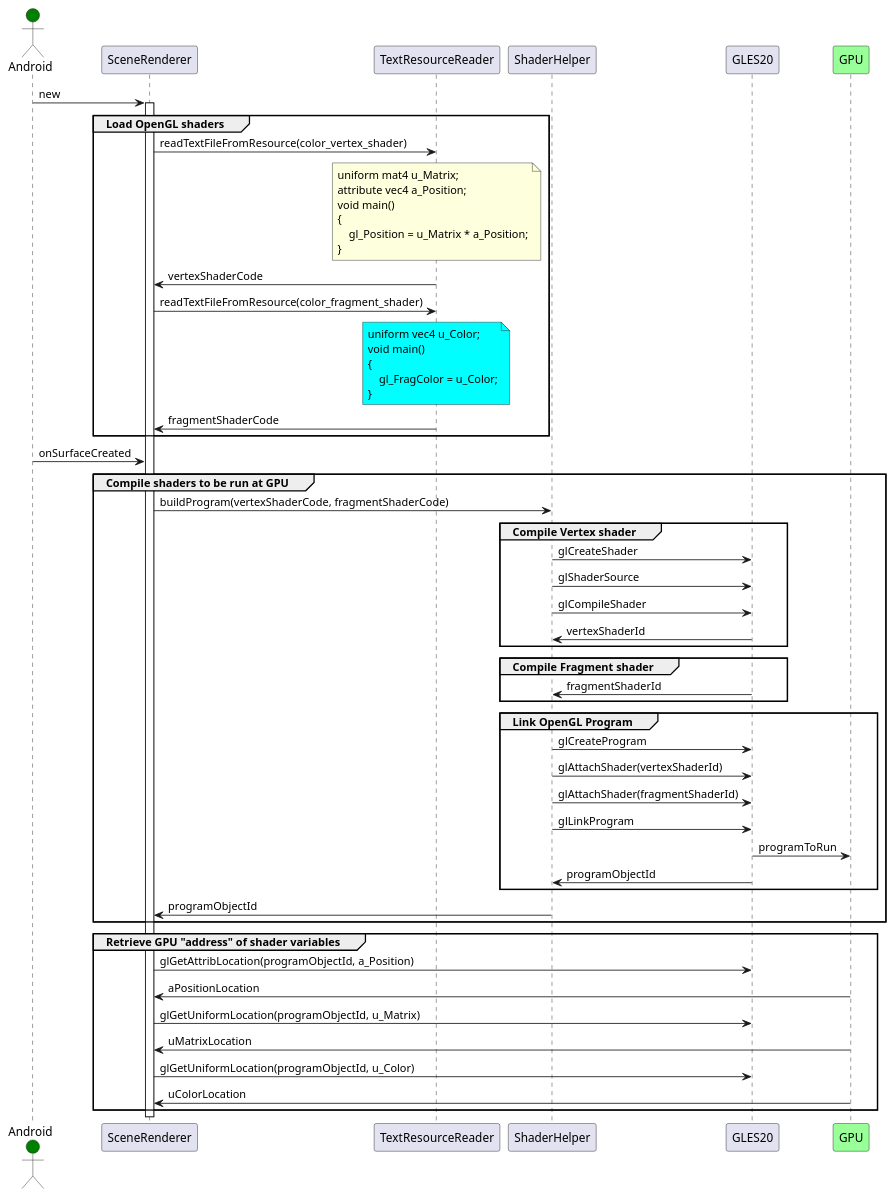
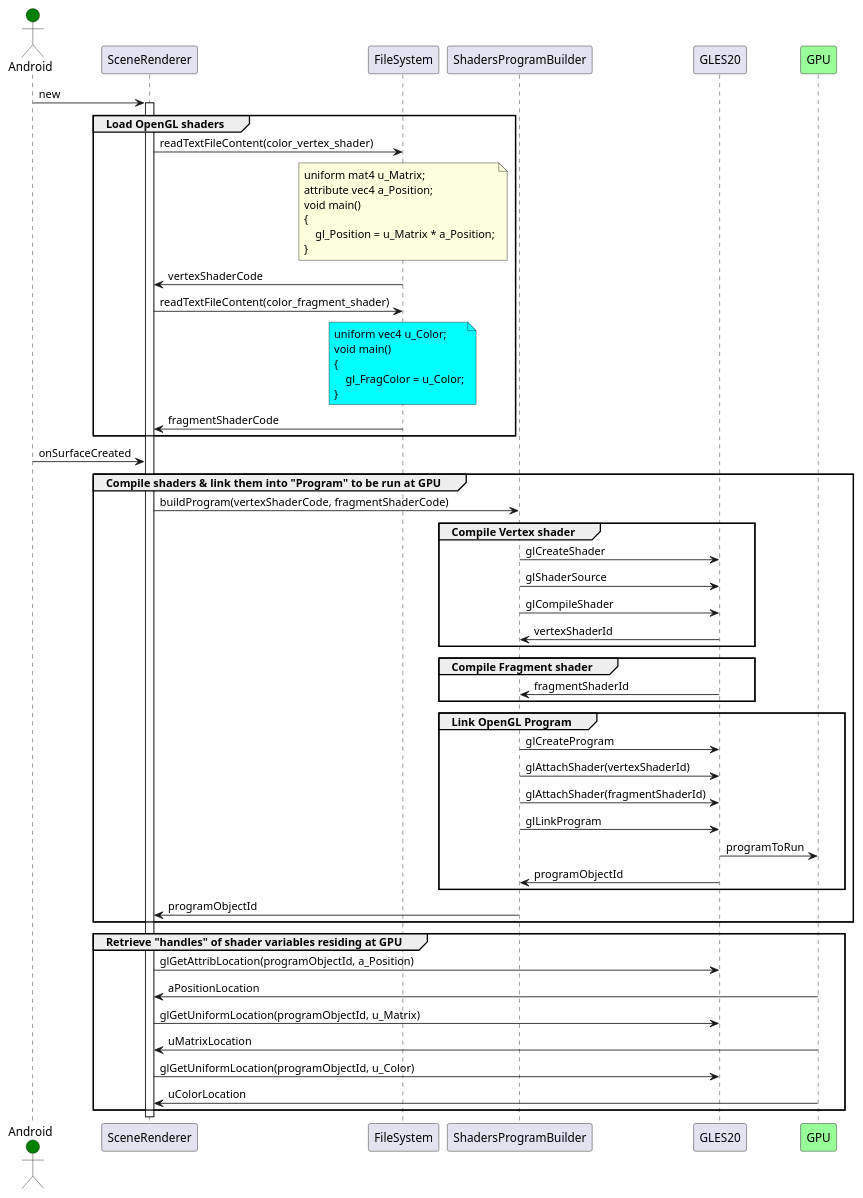
Before and after one commit to bogumil-latuszek/virtual_gallery_3D: the diagram in uml/prepare_openGL.puml, drawn with PlantUML.

Commit message:
poprawki nazewnictwa w diagramie UML linkowania shaderów w program

```diff
--- a/uml/prepare_openGL.puml
+++ b/uml/prepare_openGL.puml
@@ -1,68 +1,68 @@
 @startuml Prepare OpenGL
 actor       Android       as Android1 #green
 
 Android1 -> SceneRenderer: new
 activate SceneRenderer
 group Load OpenGL shaders
-SceneRenderer -> TextResourceReader: readTextFileFromResource(color_vertex_shader)
-note over TextResourceReader
+SceneRenderer -> FileSystem: readTextFileContent(color_vertex_shader)
+note over FileSystem
 uniform mat4 u_Matrix;
 attribute vec4 a_Position;
 void main()
 {
     gl_Position = u_Matrix * a_Position;
 }
 end note
-TextResourceReader -> SceneRenderer: vertexShaderCode
-SceneRenderer -> TextResourceReader: readTextFileFromResource(color_fragment_shader)
-note over TextResourceReader #aqua
+FileSystem -> SceneRenderer: vertexShaderCode
+SceneRenderer -> FileSystem: readTextFileContent(color_fragment_shader)
+note over FileSystem #aqua
 uniform vec4 u_Color;
 void main()
 {
     gl_FragColor = u_Color;
 }
 end note
-TextResourceReader -> SceneRenderer: fragmentShaderCode
+FileSystem -> SceneRenderer: fragmentShaderCode
 
 end
 
 Android1 -> SceneRenderer: onSurfaceCreated
 
-group Compile shaders to be run at GPU
-SceneRenderer -> ShaderHelper: buildProgram(vertexShaderCode, fragmentShaderCode)
+group Compile shaders & link them into "Program" to be run at GPU
+SceneRenderer -> ShadersProgramBuilder: buildProgram(vertexShaderCode, fragmentShaderCode)
 
 group Compile Vertex shader
-ShaderHelper -> GLES20: glCreateShader
-ShaderHelper -> GLES20: glShaderSource
-ShaderHelper -> GLES20: glCompileShader
-GLES20 -> ShaderHelper: vertexShaderId
+ShadersProgramBuilder -> GLES20: glCreateShader
+ShadersProgramBuilder -> GLES20: glShaderSource
+ShadersProgramBuilder -> GLES20: glCompileShader
+GLES20 -> ShadersProgramBuilder: vertexShaderId
 end
 group Compile Fragment shader
-GLES20 -> ShaderHelper: fragmentShaderId
+GLES20 -> ShadersProgramBuilder: fragmentShaderId
 end
 
 group Link OpenGL Program
-ShaderHelper -> GLES20: glCreateProgram
-ShaderHelper -> GLES20: glAttachShader(vertexShaderId)
-ShaderHelper -> GLES20: glAttachShader(fragmentShaderId)
-ShaderHelper -> GLES20: glLinkProgram
+ShadersProgramBuilder -> GLES20: glCreateProgram
+ShadersProgramBuilder -> GLES20: glAttachShader(vertexShaderId)
+ShadersProgramBuilder -> GLES20: glAttachShader(fragmentShaderId)
+ShadersProgramBuilder -> GLES20: glLinkProgram
 participant GPU as GPU #99FF99
 GLES20 -> GPU: programToRun
-GLES20 -> ShaderHelper: programObjectId
+GLES20 -> ShadersProgramBuilder: programObjectId
 end
 
-ShaderHelper -> SceneRenderer: programObjectId
+ShadersProgramBuilder -> SceneRenderer: programObjectId
 
 end
 
-group Retrieve GPU "address" of shader variables
+group Retrieve "handles" of shader variables residing at GPU
 
 SceneRenderer -> GLES20: glGetAttribLocation(programObjectId, a_Position)
 GPU -> SceneRenderer: aPositionLocation
 SceneRenderer -> GLES20: glGetUniformLocation(programObjectId, u_Matrix)
 GPU -> SceneRenderer: uMatrixLocation
 
 SceneRenderer -> GLES20: glGetUniformLocation(programObjectId, u_Color)
 GPU -> SceneRenderer: uColorLocation
 end
 @enduml
```
